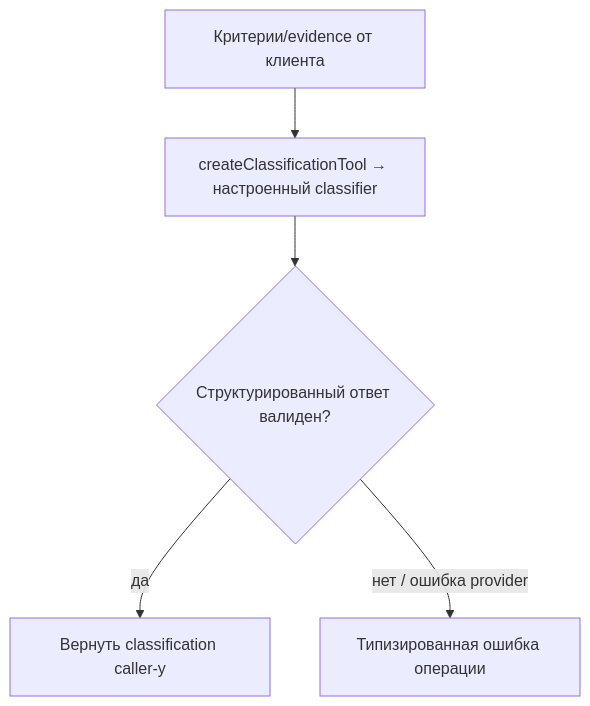
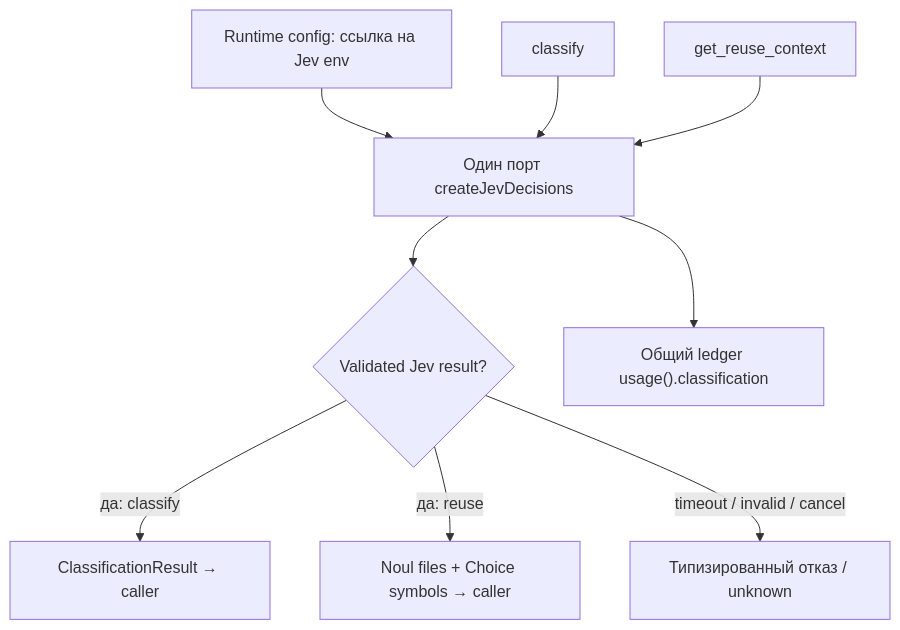
The third of 4 diagrams in src/context/README.md (zoomplus/zorya-search), drawn with Mermaid before and after one commit. The commit also changed other lines of this file and 18 other files, not shown here.

Commit message:
docs(search): explain Jev reuse flow and caller-controlled integration

````diff
--- a/src/context/README.md
+++ b/src/context/README.md
@@ -54,7 +54,11 @@
 ```mermaid
 flowchart TD
- xa["Критерии/evidence от клиента"] --> xb["createClassificationTool → настроенный classifier"]
- xb --> xc{"Структурированный ответ валиден?"}
- xc -->|"да"| xd["Вернуть classification caller-у"]
- xc -->|"нет / ошибка provider"| xe["Типизированная ошибка операции"]
+ xa["Runtime config: ссылка на Jev env"] --> xb["Один порт createJevDecisions"]
+ xc["classify"] --> xb
+ xd["get_reuse_context"] --> xb
+ xb --> xe{"Validated Jev result?"}
+ xe -->|"да: classify"| xf["ClassificationResult → caller"]
+ xe -->|"да: reuse"| xg["Noul files + Choice symbols → caller"]
+ xe -->|"timeout / invalid / cancel"| xh["Типизированный отказ / unknown"]
+ xb --> xi["Общий ledger usage().classification"]
 ```
````
